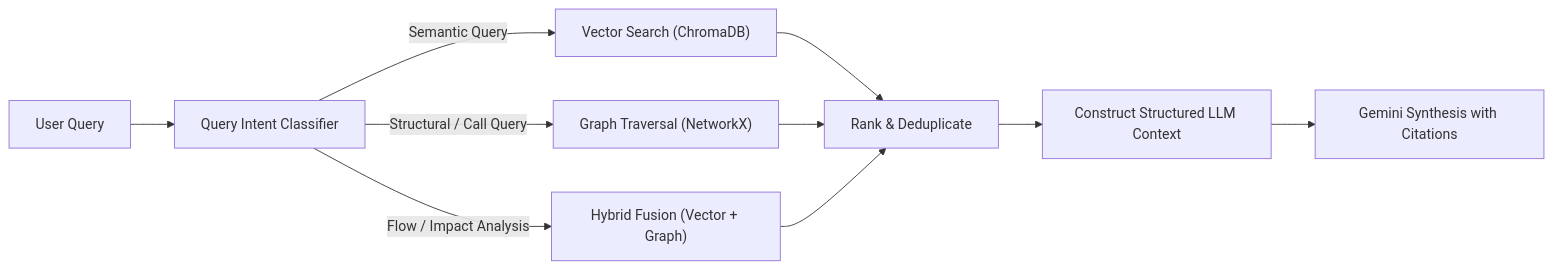
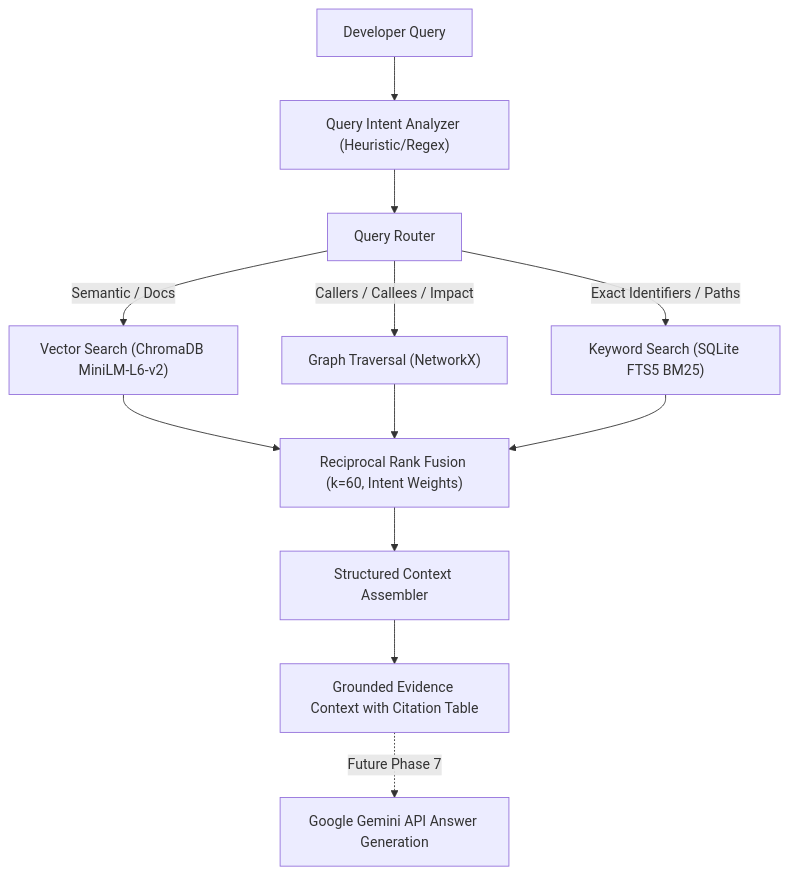
Before and after one commit to Sudeepa110/RepoMind: the diagram in docs/RAG_PIPELINE.md, drawn with Mermaid. The commit also changed other lines of this file and 31 other files, not shown here.

Commit message:
feat: complete Phase 6 hybrid retrieval engine (Vector RAG + GraphRAG + Keyword Search)

````diff
--- a/docs/RAG_PIPELINE.md
+++ b/docs/RAG_PIPELINE.md
@@ -110,15 +110,17 @@
 ```mermaid
-flowchart LR
-    Query["User Query"] --> Classifier["Query Intent Classifier"]
+flowchart TD
+    Query["Developer Query"] --> Analyzer["Query Intent Analyzer (Heuristic/Regex)"]
+    Analyzer --> Router["Query Router"]
     
-    Classifier -->|Semantic Query| Dense["Vector Search (ChromaDB)"]
-    Classifier -->|Structural / Call Query| Graph["Graph Traversal (NetworkX)"]
-    Classifier -->|Flow / Impact Analysis| HybridFusion["Hybrid Fusion (Vector + Graph)"]
+    Router -->|Semantic / Docs| Dense["Vector Search (ChromaDB MiniLM-L6-v2)"]
+    Router -->|Callers / Callees / Impact| Graph["Graph Traversal (NetworkX)"]
+    Router -->|Exact Identifiers / Paths| Keyword["Keyword Search (SQLite FTS5 BM25)"]
     
-    Dense --> Rerank["Rank & Deduplicate"]
-    Graph --> Rerank
-    HybridFusion --> Rerank
+    Dense --> RRF["Reciprocal Rank Fusion (k=60, Intent Weights)"]
+    Graph --> RRF
+    Keyword --> RRF
     
-    Rerank --> Context["Construct Structured LLM Context"]
-    Context --> Gemini["Gemini Synthesis with Citations"]
+    RRF --> Assembler["Structured Context Assembler"]
+    Assembler --> MarkdownEvidence["Grounded Evidence Context with Citation Table"]
+    MarkdownEvidence -.->|Future Phase 7| Gemini["Google Gemini API Answer Generation"]
 ```
````
